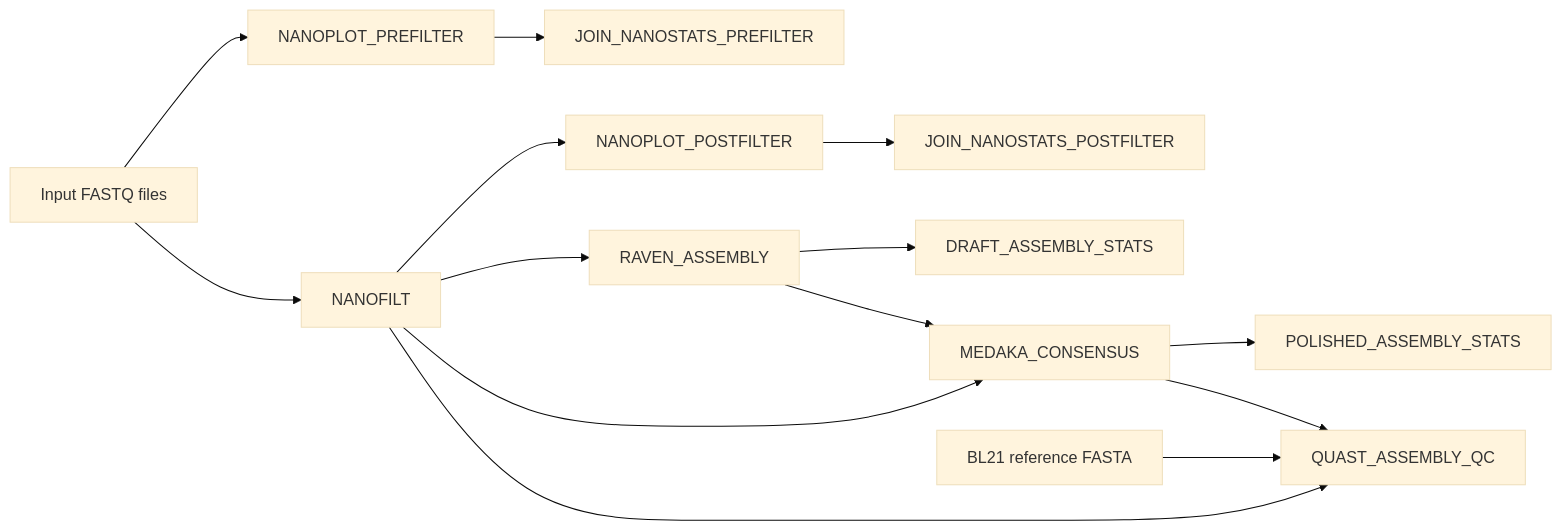
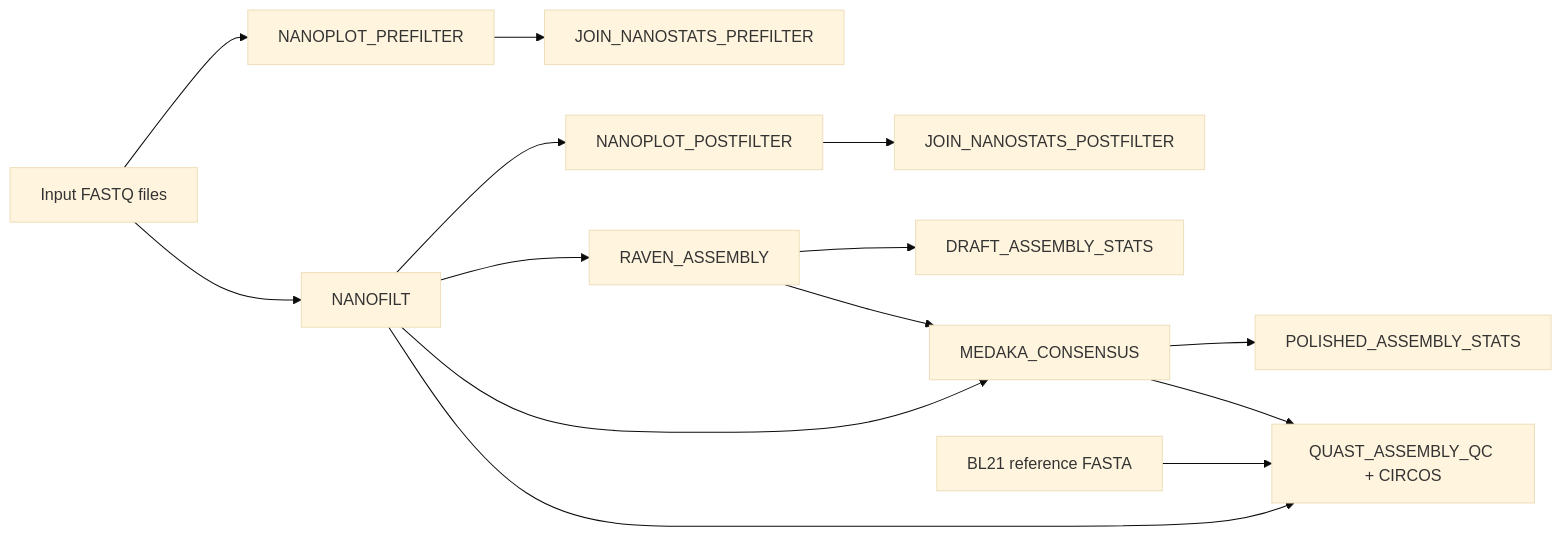
Before and after one commit to dfplazag/minion-nextflow-assembly-qc: the diagram in README.md, drawn with Mermaid (base theme). The commit also changed other lines of this file, not shown here.

Commit message:
Update README for Circos outputs and Galaxy parity

````diff
--- a/README.md
+++ b/README.md
@@ -35,16 +35,16 @@
 ```mermaid
 flowchart LR
     A[Input FASTQ files] --> B[NANOPLOT_PREFILTER]
     B --> C[JOIN_NANOSTATS_PREFILTER]
     A --> D[NANOFILT]
     D --> E[NANOPLOT_POSTFILTER]
     E --> F[JOIN_NANOSTATS_POSTFILTER]
     D --> G[RAVEN_ASSEMBLY]
     G --> H[DRAFT_ASSEMBLY_STATS]
     D --> I[MEDAKA_CONSENSUS]
     G --> I
     I --> J[POLISHED_ASSEMBLY_STATS]
-    I --> K[QUAST_ASSEMBLY_QC]
+    I --> K[QUAST_ASSEMBLY_QC + CIRCOS]
     D --> K
     L[BL21 reference FASTA] --> K
 ```
````
